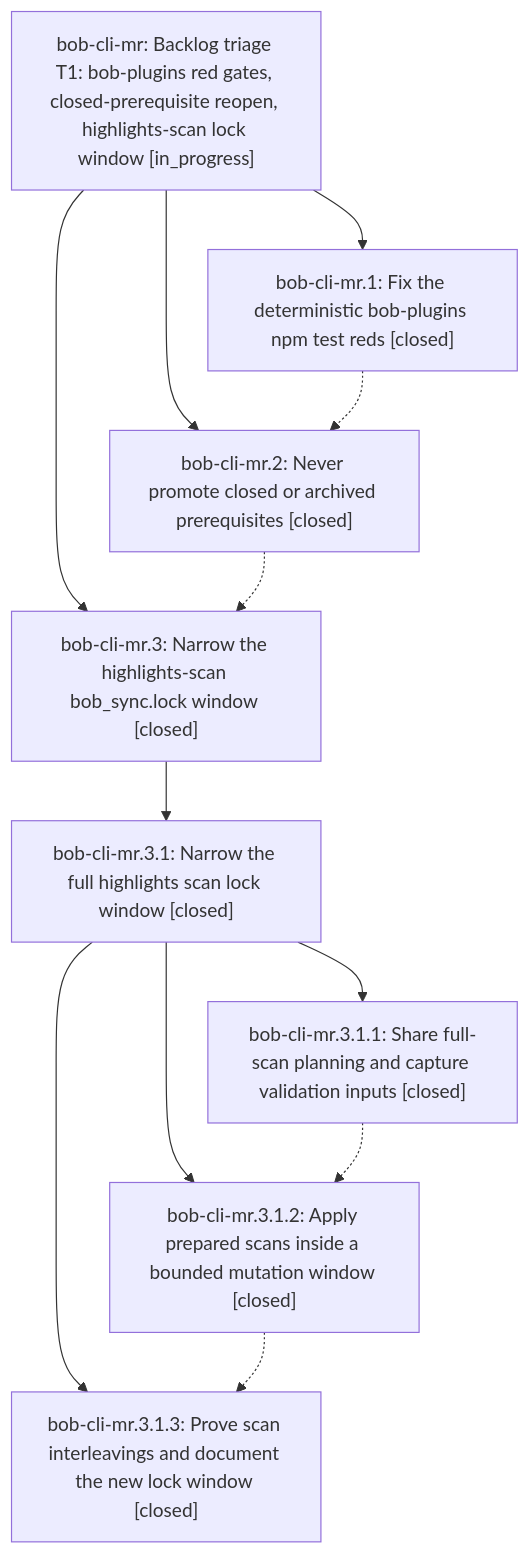
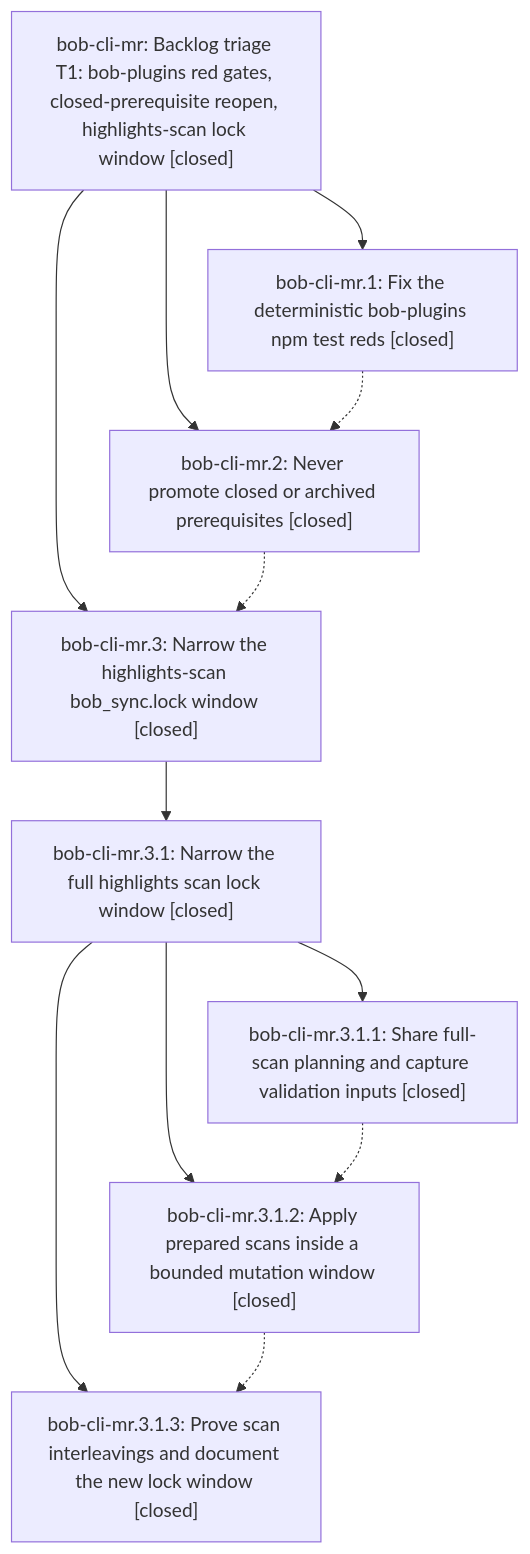
Before and after one commit to bobs-org/bob-cli--beads: the diagram in pages/bob-cli-mr/README.md, drawn with Mermaid. The commit also changed other lines of this file, not shown here.

First line of the commit message:
chore(beads): sync bead state and pages for bob-cli-mr

````diff
--- a/pages/bob-cli-mr/README.md
+++ b/pages/bob-cli-mr/README.md
@@ -49,22 +51,22 @@
 ```mermaid
 flowchart TD
-    n0["bob-cli-mr: Backlog triage T1: bob-plugins red gates, closed-prerequisite reopen, highlights-scan lock window [in_progress]"]
+    n0["bob-cli-mr: Backlog triage T1: bob-plugins red gates, closed-prerequisite reopen, highlights-scan lock window [closed]"]
     n1["bob-cli-mr.1: Fix the deterministic bob-plugins npm test reds [closed]"]
     n2["bob-cli-mr.2: Never promote closed or archived prerequisites [closed]"]
     n3["bob-cli-mr.3: Narrow the highlights-scan bob_sync.lock window [closed]"]
     n4["bob-cli-mr.3.1: Narrow the full highlights scan lock window [closed]"]
     n5["bob-cli-mr.3.1.1: Share full-scan planning and capture validation inputs [closed]"]
     n6["bob-cli-mr.3.1.2: Apply prepared scans inside a bounded mutation window [closed]"]
     n7["bob-cli-mr.3.1.3: Prove scan interleavings and document the new lock window [closed]"]
     n0 --> n1
     n0 --> n2
     n0 --> n3
     n3 --> n4
     n4 --> n5
     n4 --> n6
     n4 --> n7
     n1 -.-> n2
     n2 -.-> n3
     n5 -.-> n6
     n6 -.-> n7
 ```
````
